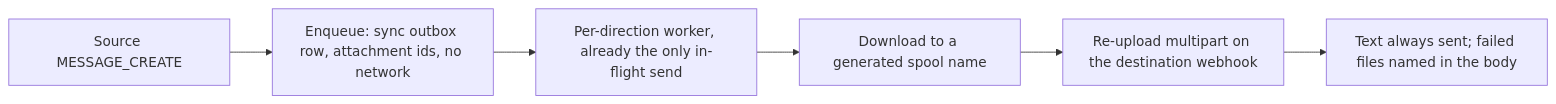
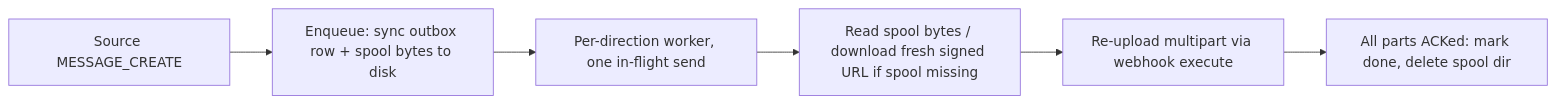
The third of 3 diagrams in roadmap/bridge.md (metalsp0rk/boiler-snake), drawn with Mermaid before and after one commit. The commit also changed other lines of this file and 2 other files, not shown here.

````diff
--- a/roadmap/bridge.md
+++ b/roadmap/bridge.md
@@ -433,10 +466,10 @@
 ```mermaid
 flowchart LR
   src[Source MESSAGE_CREATE]
-  row[Enqueue: sync outbox row, attachment ids, no network]
-  worker[Per-direction worker, already the only in-flight send]
-  dl[Download to a generated spool name]
-  up[Re-upload multipart on the destination webhook]
-  note[Text always sent; failed files named in the body]
-  src --> row --> worker --> dl --> up --> note
+  row[Enqueue: sync outbox row + spool bytes to disk]
+  worker[Per-direction worker, one in-flight send]
+  dl[Read spool bytes / download fresh signed URL if spool missing]
+  up[Re-upload multipart via webhook execute]
+  ack[All parts ACKed: mark done, delete spool dir]
+  src --> row --> worker --> dl --> up --> ack
 ```
````
